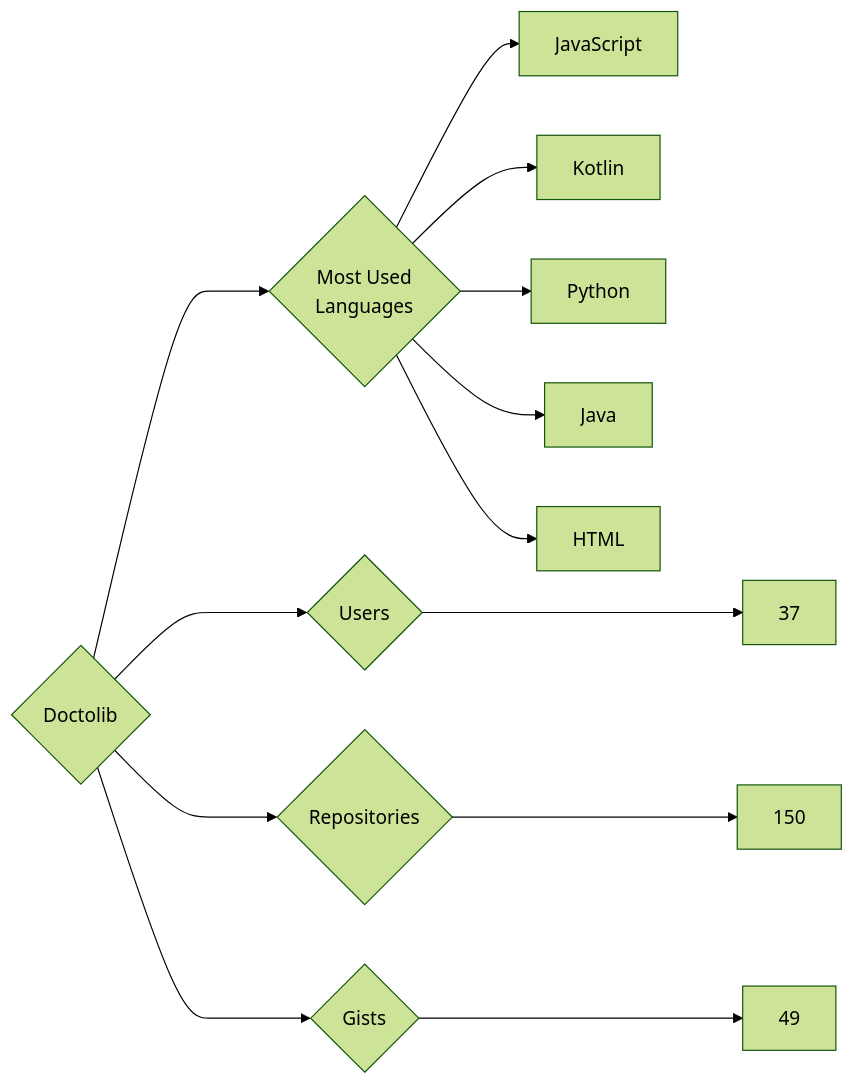
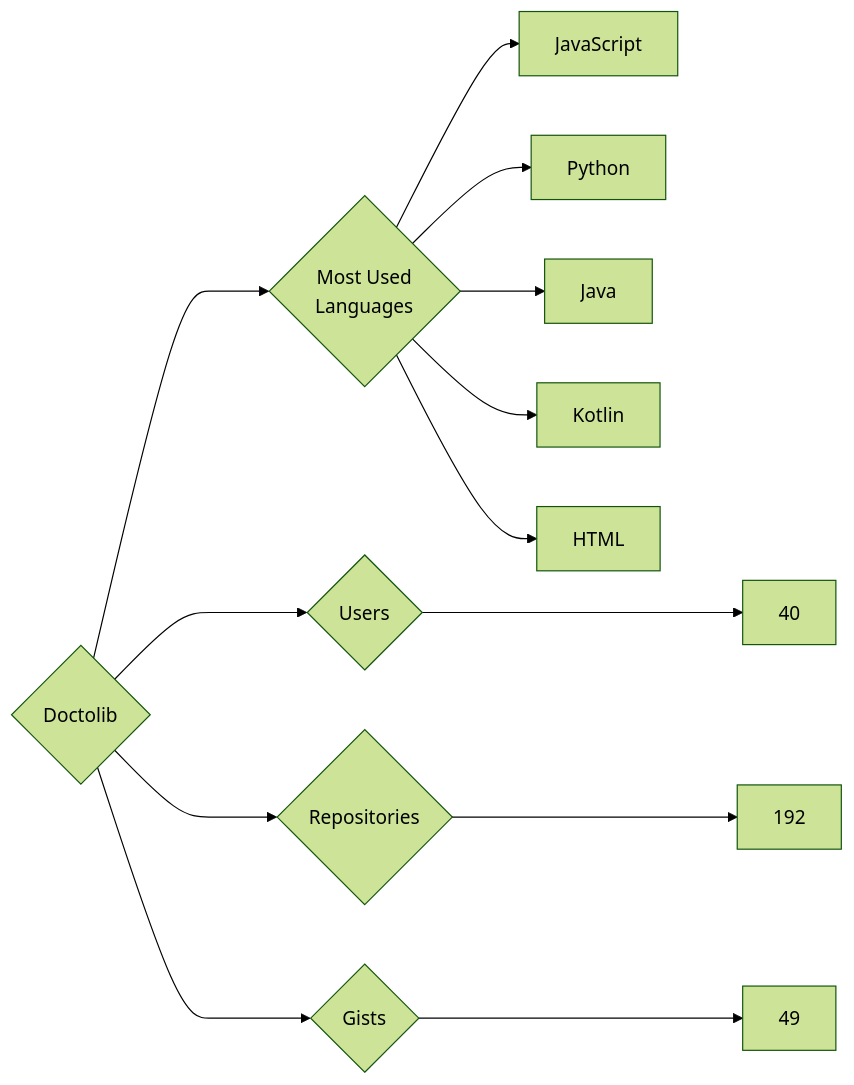
Before and after one commit to trickest/insiders: the diagram in targets/Doctolib/README.md, drawn with Mermaid (forest theme). The commit also changed 1175 other files, not shown here.

````diff
--- a/targets/Doctolib/README.md
+++ b/targets/Doctolib/README.md
@@ -3,13 +3,13 @@
 ```mermaid
 graph LR
 COMPANY_NAME{Doctolib}
-COMPANY_NAME ---> U{Users} ---> UN[37]
-COMPANY_NAME ---> R{Repositories} ---> RN[150]
+COMPANY_NAME ---> U{Users} ---> UN[40]
+COMPANY_NAME ---> R{Repositories} ---> RN[192]
 COMPANY_NAME ---> G{Gists} ---> GN[49]
 COMPANY_NAME ---> ML{Most Used<br>Languages}
 ML --> JavaScript[JavaScript]
-ML --> Kotlin[Kotlin]
 ML --> Python[Python]
 ML --> Java[Java]
+ML --> Kotlin[Kotlin]
 ML --> HTML[HTML]
 ```
````
